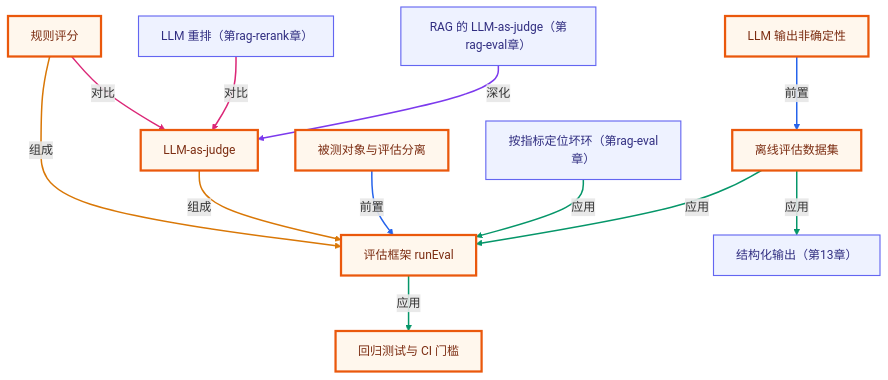
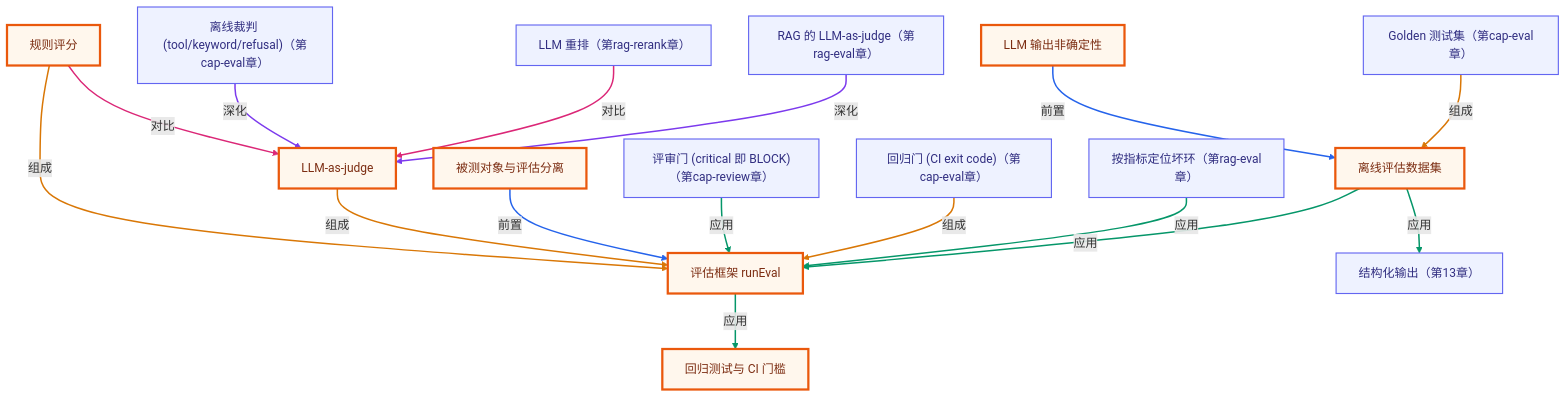
One commit to songuu/agent changed the second of 2 diagrams in lessons/15-evaluation-and-testing/README.md. Above: the diagram before and after it, drawn with Mermaid. The commit also changed other lines of this file and 46 other files, not shown here.

````diff
--- a/lessons/15-evaluation-and-testing/README.md
+++ b/lessons/15-evaluation-and-testing/README.md
@@ -262,40 +262,52 @@
 ```mermaid
 graph TB
   classDef own fill:#fff7ed,stroke:#ea580c,stroke-width:3px,color:#7c2d12;
   classDef cross fill:#eef2ff,stroke:#6366f1,stroke-width:1.5px,color:#312e81;
   n_c15_nondeterminism["LLM 输出非确定性"]
   n_c15_eval_dataset["离线评估数据集"]
   n_c15_eval_harness["评估框架 runEval"]
   n_c15_rule_scoring["规则评分"]
   n_c15_llm_judge["LLM-as-judge"]
   n_c15_regression_ci["回归测试与 CI 门槛"]
   n_c15_sut_separation["被测对象与评估分离"]
   n_c13_structured_output["结构化输出（第13章）"]
+  n_crev_gate["评审门 (critical 即 BLOCK)（第cap-review章）"]
+  n_cev_golden["Golden 测试集（第cap-eval章）"]
+  n_cev_judges["离线裁判 (tool/keyword/refusal)（第cap-eval章）"]
+  n_cev_gate["回归门 (CI exit code)（第cap-eval章）"]
   n_cragrerank_llm_rerank["LLM 重排（第rag-rerank章）"]
   n_crageval_llm_judge_rag["RAG 的 LLM-as-judge（第rag-eval章）"]
   n_crageval_stage_localization["按指标定位坏环（第rag-eval章）"]
   n_c15_nondeterminism -->|前置| n_c15_eval_dataset
   n_c15_eval_dataset -->|应用| n_c15_eval_harness
   n_c15_rule_scoring -->|组成| n_c15_eval_harness
   n_c15_llm_judge -->|组成| n_c15_eval_harness
   n_c15_rule_scoring -->|对比| n_c15_llm_judge
   n_c15_eval_harness -->|应用| n_c15_regression_ci
   n_c15_sut_separation -->|前置| n_c15_eval_harness
   n_c15_eval_dataset -->|应用| n_c13_structured_output
+  n_crev_gate -->|应用| n_c15_eval_harness
+  n_cev_golden -->|组成| n_c15_eval_dataset
+  n_cev_judges -->|深化| n_c15_llm_judge
+  n_cev_gate -->|组成| n_c15_eval_harness
   n_cragrerank_llm_rerank -->|对比| n_c15_llm_judge
   n_crageval_llm_judge_rag -->|深化| n_c15_llm_judge
   n_crageval_stage_localization -->|应用| n_c15_eval_harness
   class n_c15_nondeterminism,n_c15_eval_dataset,n_c15_eval_harness,n_c15_rule_scoring,n_c15_llm_judge,n_c15_regression_ci,n_c15_sut_separation own;
-  class n_c13_structured_output,n_cragrerank_llm_rerank,n_crageval_llm_judge_rag,n_crageval_stage_localization cross;
+  class n_c13_structured_output,n_crev_gate,n_cev_golden,n_cev_judges,n_cev_gate,n_cragrerank_llm_rerank,n_crageval_llm_judge_rag,n_crageval_stage_localization cross;
   linkStyle 0 stroke:#2563eb,stroke-width:2px;
   linkStyle 1 stroke:#059669,stroke-width:2px;
   linkStyle 2 stroke:#d97706,stroke-width:2px;
   linkStyle 3 stroke:#d97706,stroke-width:2px;
   linkStyle 4 stroke:#db2777,stroke-width:2px;
   linkStyle 5 stroke:#059669,stroke-width:2px;
   linkStyle 6 stroke:#2563eb,stroke-width:2px;
   linkStyle 7 stroke:#059669,stroke-width:2px;
-  linkStyle 8 stroke:#db2777,stroke-width:2px;
-  linkStyle 9 stroke:#7c3aed,stroke-width:2px;
-  linkStyle 10 stroke:#059669,stroke-width:2px;
+  linkStyle 8 stroke:#059669,stroke-width:2px;
+  linkStyle 9 stroke:#d97706,stroke-width:2px;
+  linkStyle 10 stroke:#7c3aed,stroke-width:2px;
+  linkStyle 11 stroke:#d97706,stroke-width:2px;
+  linkStyle 12 stroke:#db2777,stroke-width:2px;
+  linkStyle 13 stroke:#7c3aed,stroke-width:2px;
+  linkStyle 14 stroke:#059669,stroke-width:2px;
 ```
````
